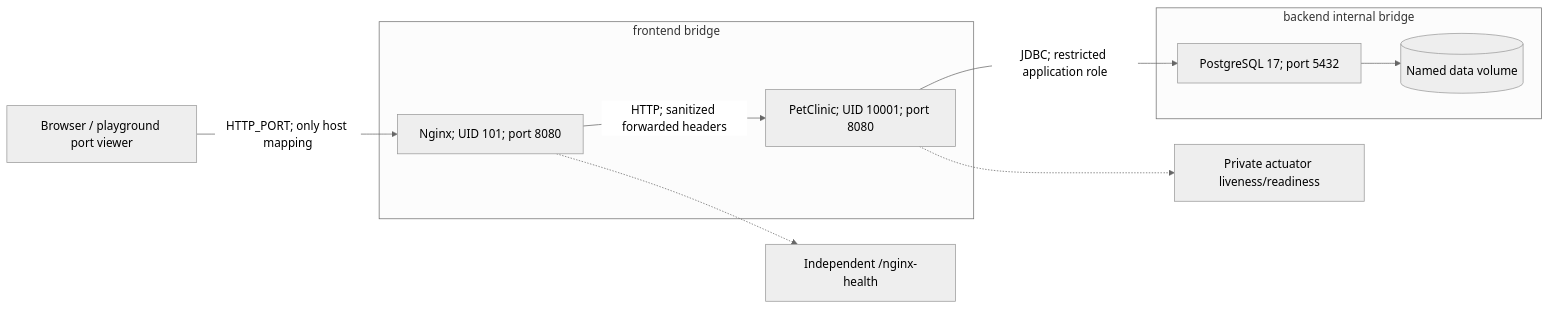
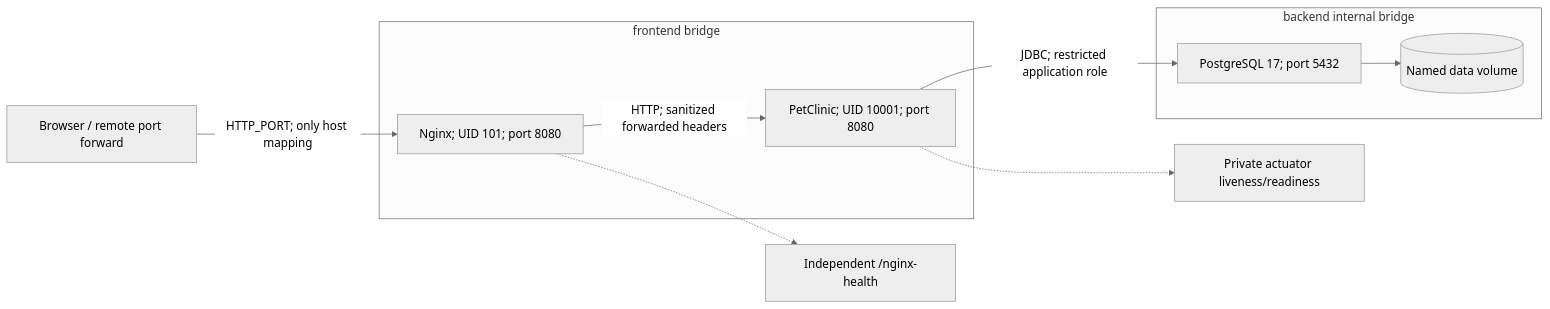
The diagram in docs/architecture/v1-containerized.md (ThinkWithOps/thinkwithops-petclinic-production), drawn with Mermaid (neutral theme) before and after one commit. The commit also changed other lines of this file and 16 other files, not shown here.

````diff
--- a/docs/architecture/v1-containerized.md
+++ b/docs/architecture/v1-containerized.md
@@ -5,13 +5,13 @@
 ```mermaid
 flowchart LR
-    C[Browser / playground port viewer] -->|HTTP_PORT; only host mapping| N
+    C[Browser / remote port forward] -->|HTTP_PORT; only host mapping| N
     subgraph frontend[frontend bridge]
         N[Nginx; UID 101; port 8080] -->|HTTP; sanitized forwarded headers| A[PetClinic; UID 10001; port 8080]
     end
     subgraph backend[backend internal bridge]
         A -->|JDBC; restricted application role| P[PostgreSQL 17; port 5432]
         P --> V[(Named data volume)]
     end
     N -.-> NH[Independent /nginx-health]
     A -.-> AH[Private actuator liveness/readiness]
 ```
````
